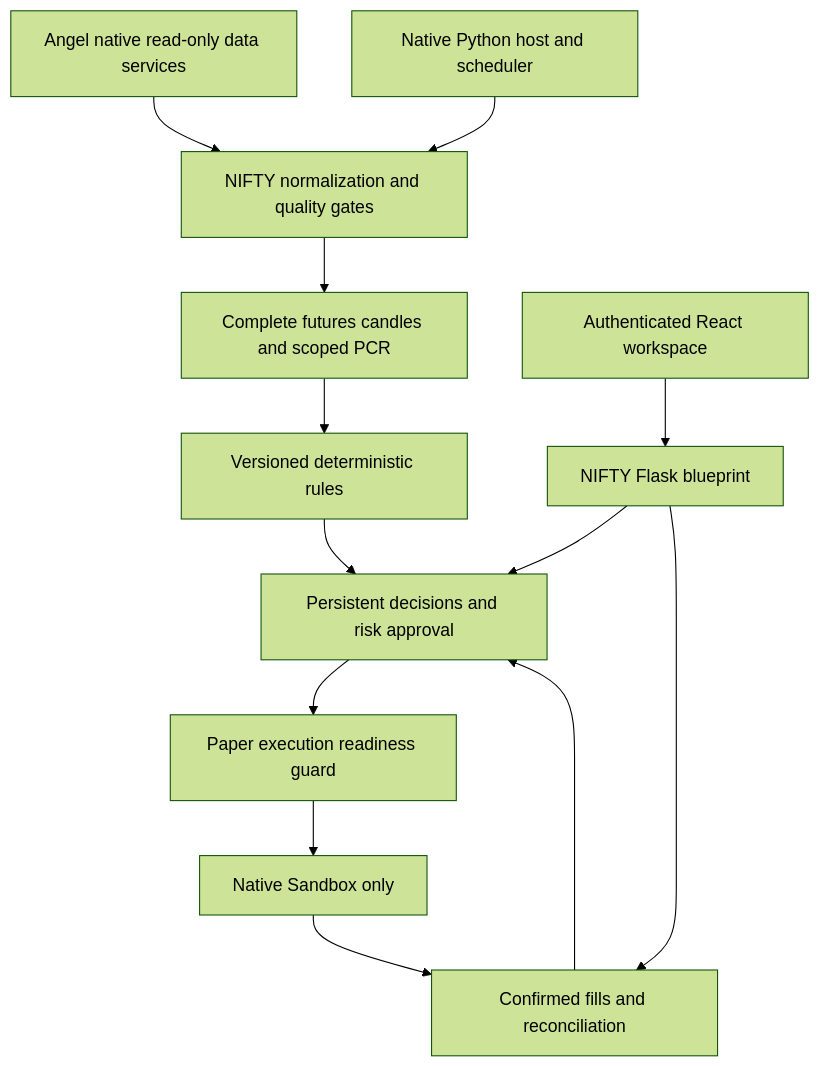
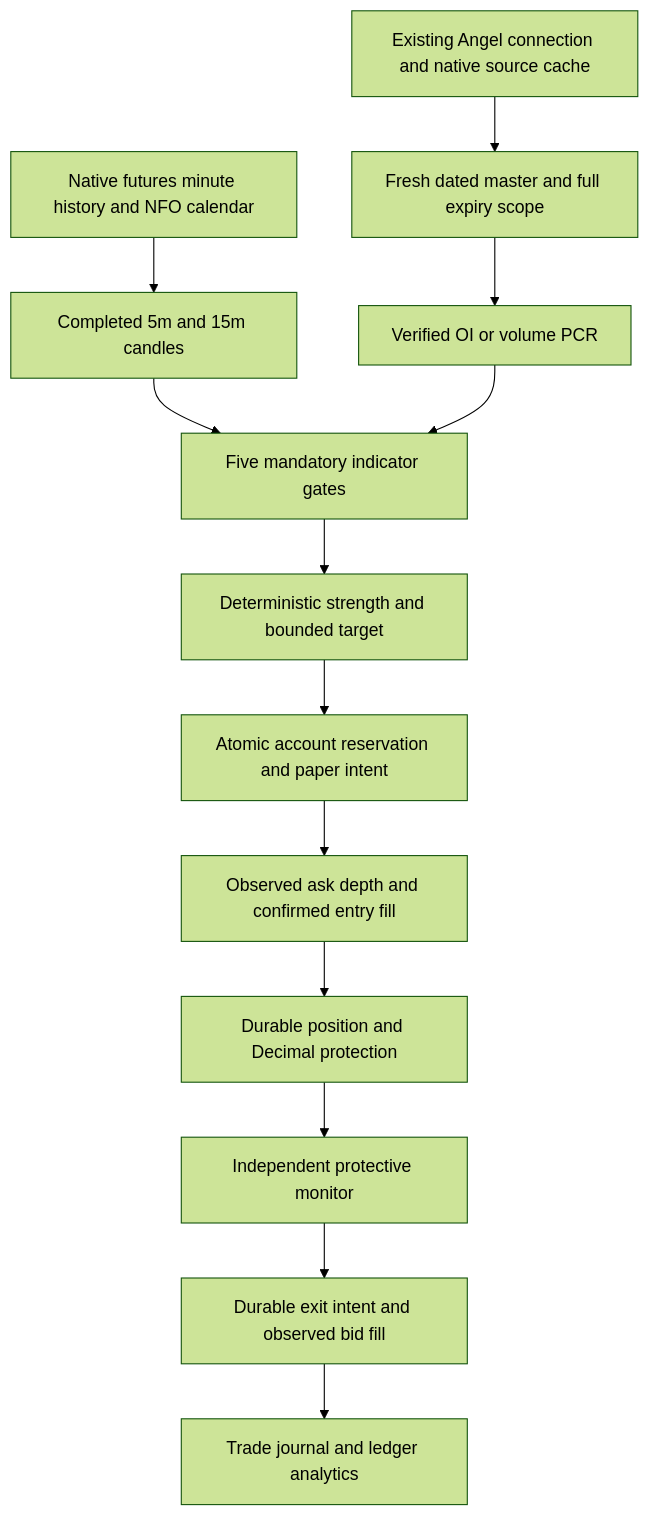
One commit to Yash19815/openalgo changed the diagram in docs/nifty-algo/ARCHITECTURE.md. Above: the diagram before and after it, drawn with Mermaid (forest theme). The commit also changed other lines of this file and 36 other files, not shown here.

````diff
--- a/docs/nifty-algo/ARCHITECTURE.md
+++ b/docs/nifty-algo/ARCHITECTURE.md
@@ -5,15 +7,15 @@
 ```mermaid
 flowchart TD
-  A[Angel native read-only data services] --> B[NIFTY normalization and quality gates]
-  B --> C[Complete futures candles and scoped PCR]
-  C --> D[Versioned deterministic rules]
-  D --> E[Persistent decisions and risk approval]
-  E --> F[Paper execution readiness guard]
-  F --> G[Native Sandbox only]
-  G --> H[Confirmed fills and reconciliation]
-  H --> E
-  I[Native Python host and scheduler] --> B
-  J[Authenticated React workspace] --> K[NIFTY Flask blueprint]
-  K --> E
-  K --> H
+  A[Existing Angel connection and native source cache] --> B[Fresh dated master and full expiry scope]
+  C[Native futures minute history and NFO calendar] --> D[Completed 5m and 15m candles]
+  B --> E[Verified OI or volume PCR]
+  D --> F[Five mandatory indicator gates]
+  E --> F
+  F --> G[Deterministic strength and bounded target]
+  G --> H[Atomic account reservation and paper intent]
+  H --> I[Observed ask depth and confirmed entry fill]
+  I --> J[Durable position and Decimal protection]
+  J --> K[Independent protective monitor]
+  K --> L[Durable exit intent and observed bid fill]
+  L --> M[Trade journal and ledger analytics]
 ```
````
